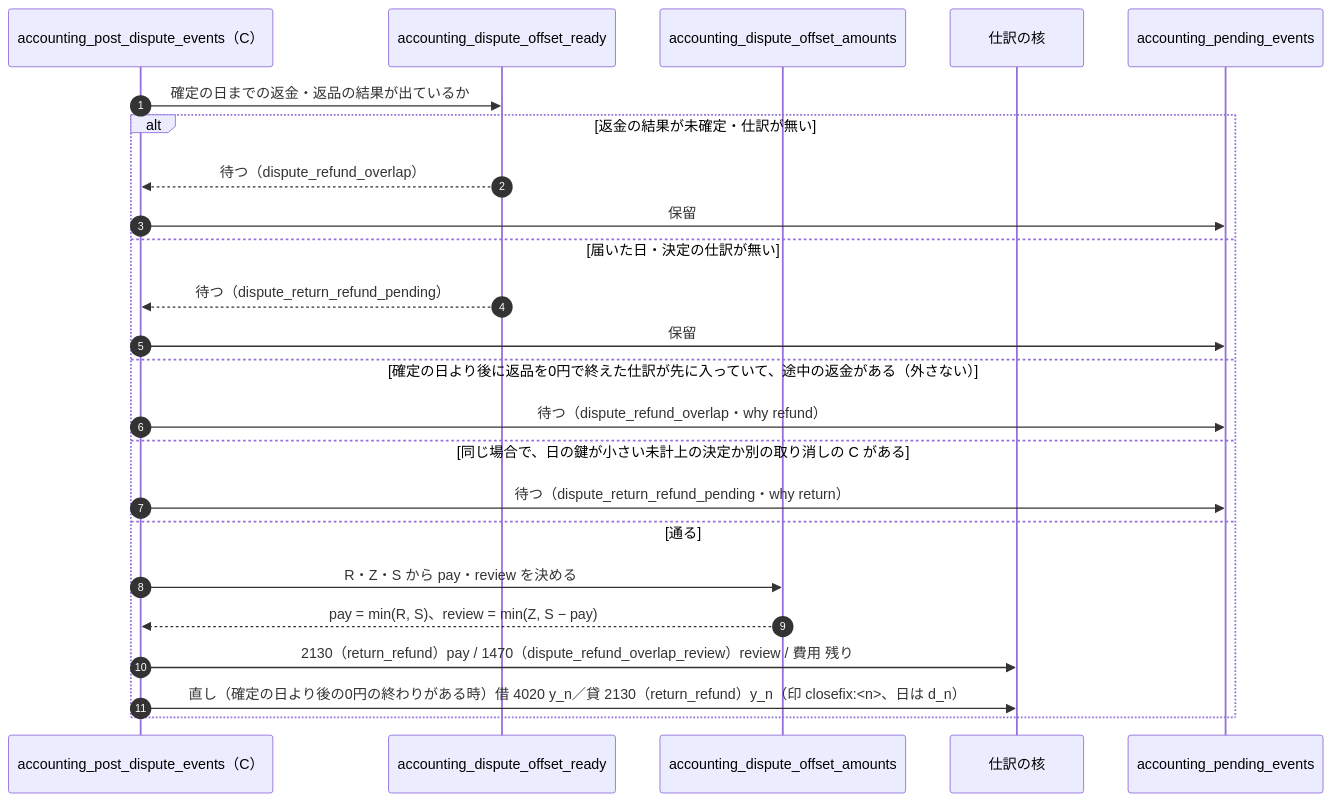
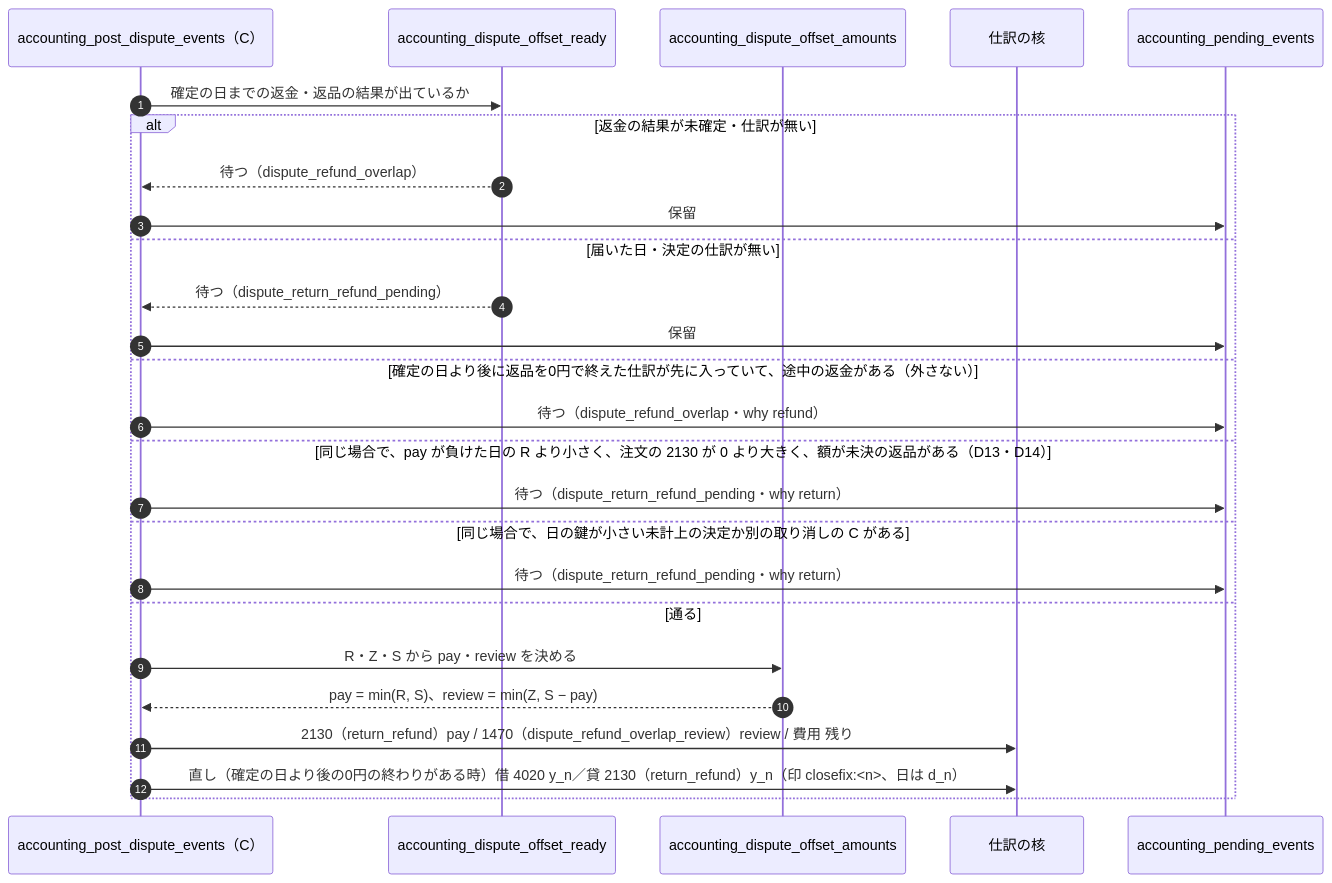
The seventh of 7 diagrams in docs/04_DetailDesign/sequence/accounting-posting.md (ChocoWork/o_official), drawn with Mermaid before and after one commit. The commit also changed 6 other files, not shown here.

````diff
--- a/docs/04_DetailDesign/sequence/accounting-posting.md
+++ b/docs/04_DetailDesign/sequence/accounting-posting.md
@@ -261,26 +261,28 @@
 ```mermaid
 sequenceDiagram
   autonumber
   participant D as accounting_post_dispute_events（C）
   participant K as accounting_dispute_offset_ready
   participant A as accounting_dispute_offset_amounts
   participant C as 仕訳の核
   participant Q as accounting_pending_events
   D->>K: 確定の日までの返金・返品の結果が出ているか
   alt 返金の結果が未確定・仕訳が無い
     K-->>D: 待つ（dispute_refund_overlap）
     D->>Q: 保留
   else 届いた日・決定の仕訳が無い
     K-->>D: 待つ（dispute_return_refund_pending）
     D->>Q: 保留
   else 確定の日より後に返品を0円で終えた仕訳が先に入っていて、途中の返金がある（外さない）
     D->>Q: 待つ（dispute_refund_overlap・why refund）
+  else 同じ場合で、pay が負けた日の R より小さく、注文の 2130 が 0 より大きく、額が未決の返品がある（D13・D14）
+    D->>Q: 待つ（dispute_return_refund_pending・why return）
   else 同じ場合で、日の鍵が小さい未計上の決定か別の取り消しの C がある
     D->>Q: 待つ（dispute_return_refund_pending・why return）
   else 通る
     D->>A: R・Z・S から pay・review を決める
     A-->>D: pay = min(R, S)、review = min(Z, S − pay)
     D->>C: 2130（return_refund）pay / 1470（dispute_refund_overlap_review）review / 費用 残り
     D->>C: 直し（確定の日より後の0円の終わりがある時）借 4020 y_n／貸 2130（return_refund）y_n（印 closefix:<n>、日は d_n）
   end
 ```
````
